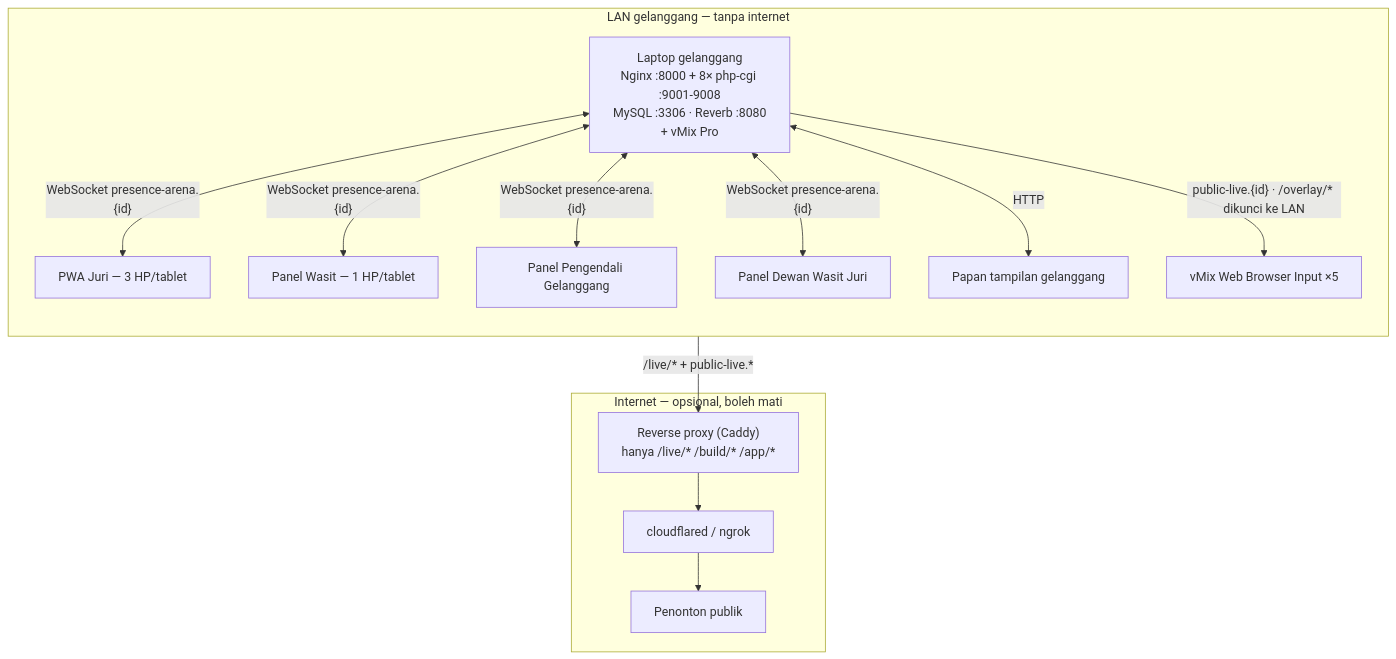
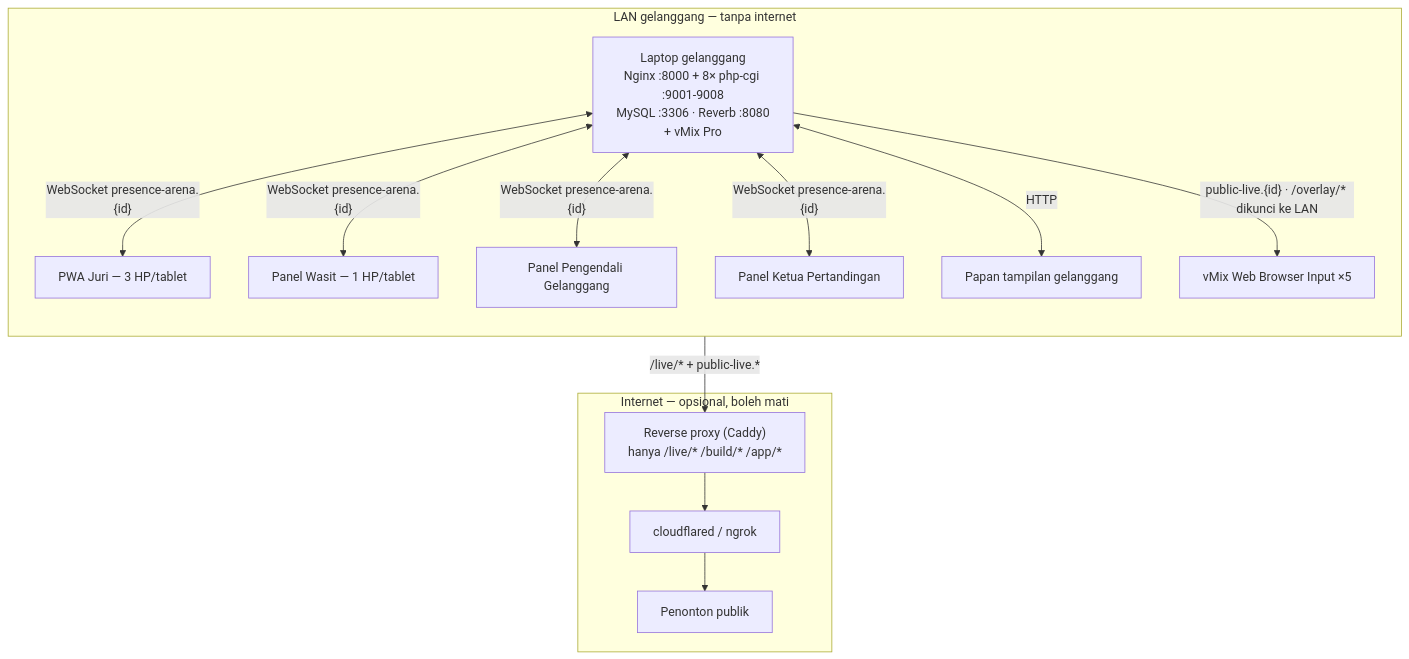
The first of 2 diagrams in docs/PANDUAN-SISTEM.md (Fathurrahman-R/pencak-silat-digital-scoring-prototype), drawn with Mermaid before and after one commit. The commit also changed other lines of this file and 6 other files, not shown here.

````diff
--- a/docs/PANDUAN-SISTEM.md
+++ b/docs/PANDUAN-SISTEM.md
@@ -42,28 +42,28 @@
 ```mermaid
 flowchart TB
     subgraph LAN["LAN gelanggang — tanpa internet"]
         direction TB
         Server["Laptop gelanggang<br/>Nginx :8000 + 8× php-cgi :9001-9008<br/>MySQL :3306 · Reverb :8080<br/>+ vMix Pro"]
         Juri["PWA Juri — 3 HP/tablet"]
         Wasit["Panel Wasit — 1 HP/tablet"]
         Kendali["Panel Pengendali Gelanggang"]
-        Dewan["Panel Dewan Wasit Juri"]
+        Dewan["Panel Ketua Pertandingan"]
         Papan["Papan tampilan gelanggang"]
         vMix["vMix Web Browser Input ×5"]
 
         Server <-->|"WebSocket presence-arena.{id}"| Juri
         Server <-->|"WebSocket presence-arena.{id}"| Wasit
         Server <-->|"WebSocket presence-arena.{id}"| Kendali
         Server <-->|"WebSocket presence-arena.{id}"| Dewan
         Server <-->|HTTP| Papan
         Server -->|"public-live.{id} · /overlay/* dikunci ke LAN"| vMix
     end
 
     subgraph Luar["Internet — opsional, boleh mati"]
         Proxy["Reverse proxy (Caddy)<br/>hanya /live/* /build/* /app/*"]
         Tunnel["cloudflared / ngrok"]
         Penonton["Penonton publik"]
     end
 
     Server -->|"/live/* + public-live.*"| Proxy --> Tunnel --> Penonton
 ```
````
